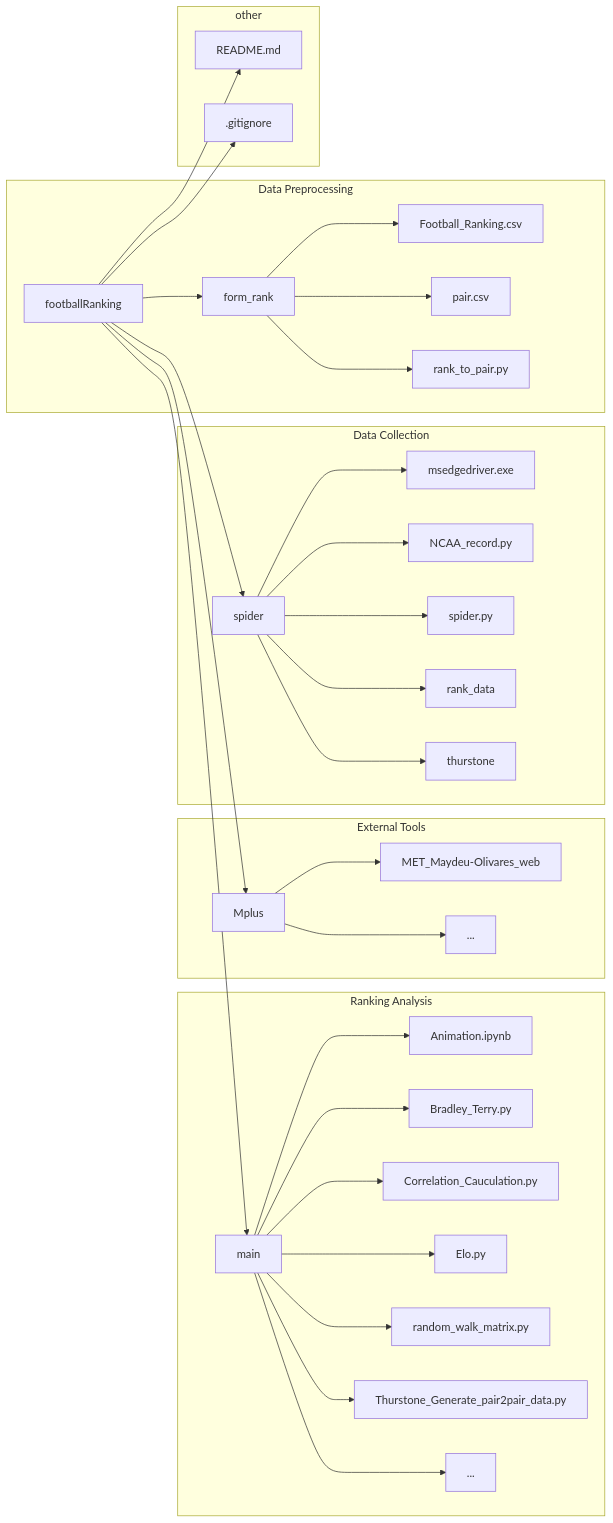
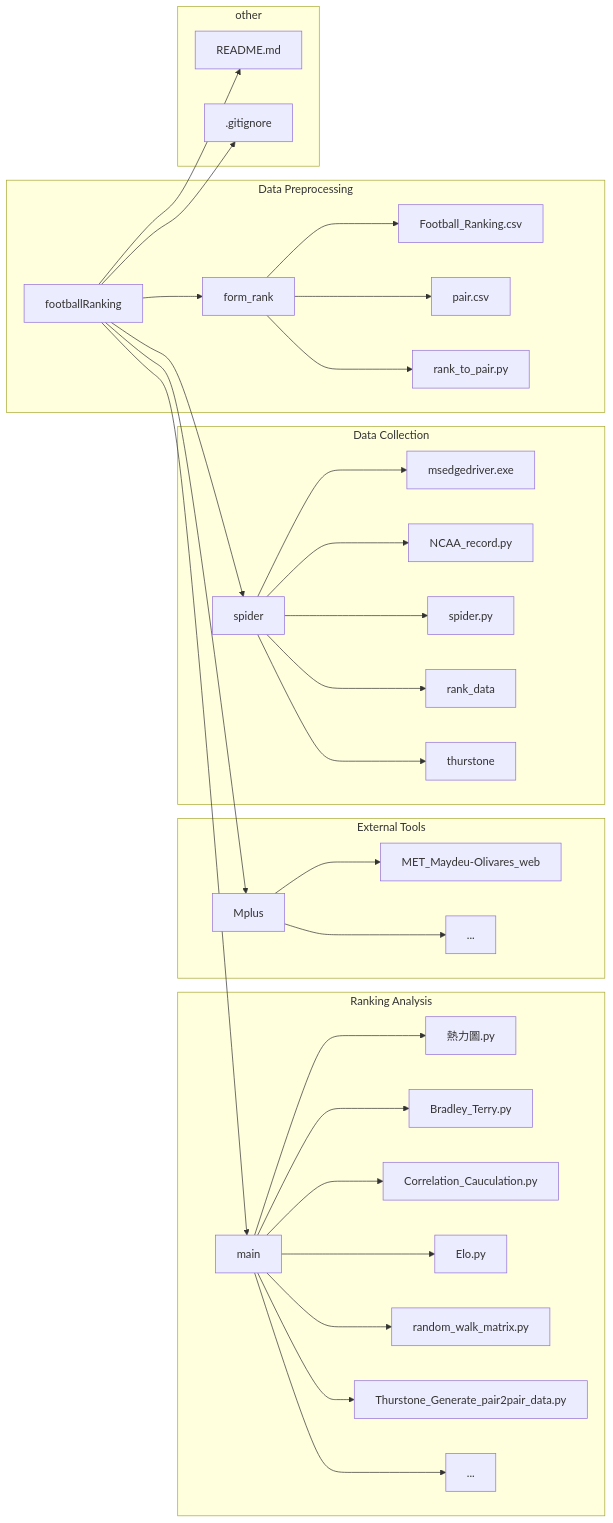
One commit to Ricepaste/football_ranking changed the diagram in ReadMe.md. Above: the diagram before and after it, drawn with Mermaid.

Commit message:
graph fixed

````diff
--- a/ReadMe.md
+++ b/ReadMe.md
@@ -139,37 +139,37 @@
 ```mermaid
 graph LR;
     subgraph Preprocessing["Data Preprocessing"]
         A[footballRanking]
         A --> B3[form_rank]
         B3 --> D1[Football_Ranking.csv]
         B3 --> D2[pair.csv]
         B3 --> D3[rank_to_pair.py]
     end
     subgraph Analysis["Ranking Analysis"]
         A --> B4[main]
-        B4 --> E1[Animation.ipynb]
+        B4 --> E1[熱力圖.py]
         B4 --> E2[Bradley_Terry.py]
         B4 --> E3[Correlation_Cauculation.py]
         B4 --> E4[Elo.py]
         B4 --> E5[random_walk_matrix.py]
         B4 --> E6[Thurstone_Generate_pair2pair_data.py]
         B4 --> E7[...]
     end
     subgraph External["External Tools"]
         A --> B5[Mplus]
         B5 --> F1[MET_Maydeu-Olivares_web]
         B5 --> F2[...]
     end
     subgraph DataCollection["Data Collection"]
         A --> B6[spider]
         B6 --> G1[msedgedriver.exe]
         B6 --> G2[NCAA_record.py]
         B6 --> G3[spider.py]
         B6 --> G4[rank_data]
         B6 --> G5[thurstone]
     end
     subgraph README["other"]
         A --> B7[README.md]
         A --> B1[.gitignore]
     end
 ```
````
